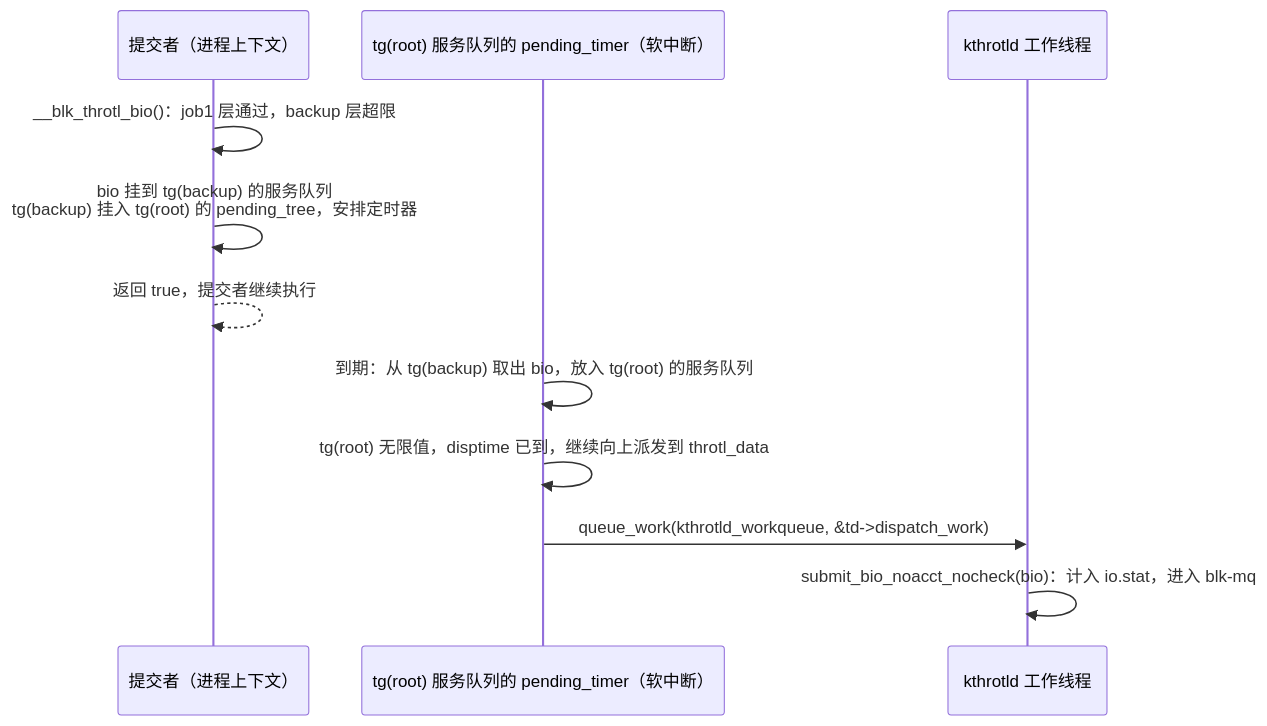
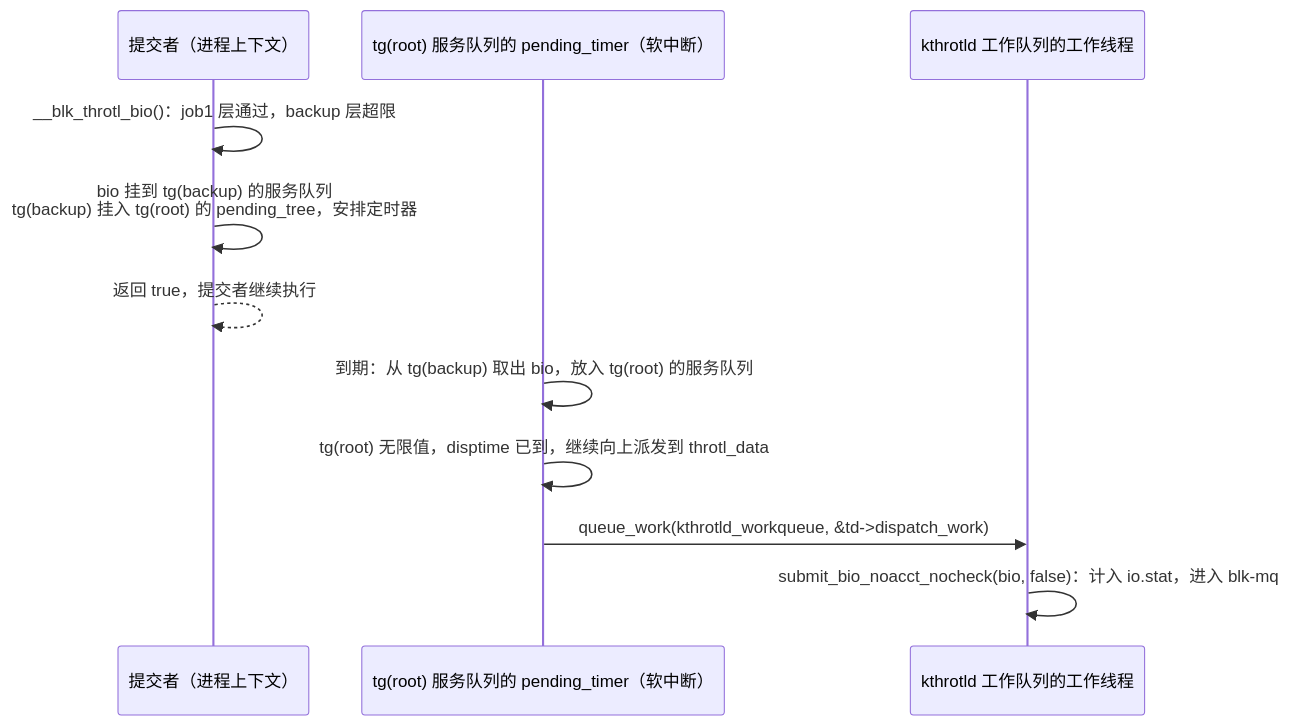
Before and after one commit to linuxperf/linux-study: the fifth of 5 diagrams in book/cgroup2/io.md, drawn with Mermaid. The commit also changed other lines of this file and 5 other files, not shown here.

````diff
--- a/book/cgroup2/io.md
+++ b/book/cgroup2/io.md
@@ -685,13 +685,13 @@
 ```mermaid
 sequenceDiagram
     participant P as 提交者（进程上下文）
     participant T as tg(root) 服务队列的 pending_timer（软中断）
-    participant W as kthrotld 工作线程
+    participant W as kthrotld 工作队列的工作线程
     P->>P: __blk_throtl_bio()：job1 层通过，backup 层超限
     P->>P: bio 挂到 tg(backup) 的服务队列<br/>tg(backup) 挂入 tg(root) 的 pending_tree，安排定时器
     P-->>P: 返回 true，提交者继续执行
     T->>T: 到期：从 tg(backup) 取出 bio，放入 tg(root) 的服务队列
     T->>T: tg(root) 无限值，disptime 已到，继续向上派发到 throtl_data
     T->>W: queue_work(kthrotld_workqueue, &td->dispatch_work)
-    W->>W: submit_bio_noacct_nocheck(bio)：计入 io.stat，进入 blk-mq
+    W->>W: submit_bio_noacct_nocheck(bio, false)：计入 io.stat，进入 blk-mq
 ```
````
